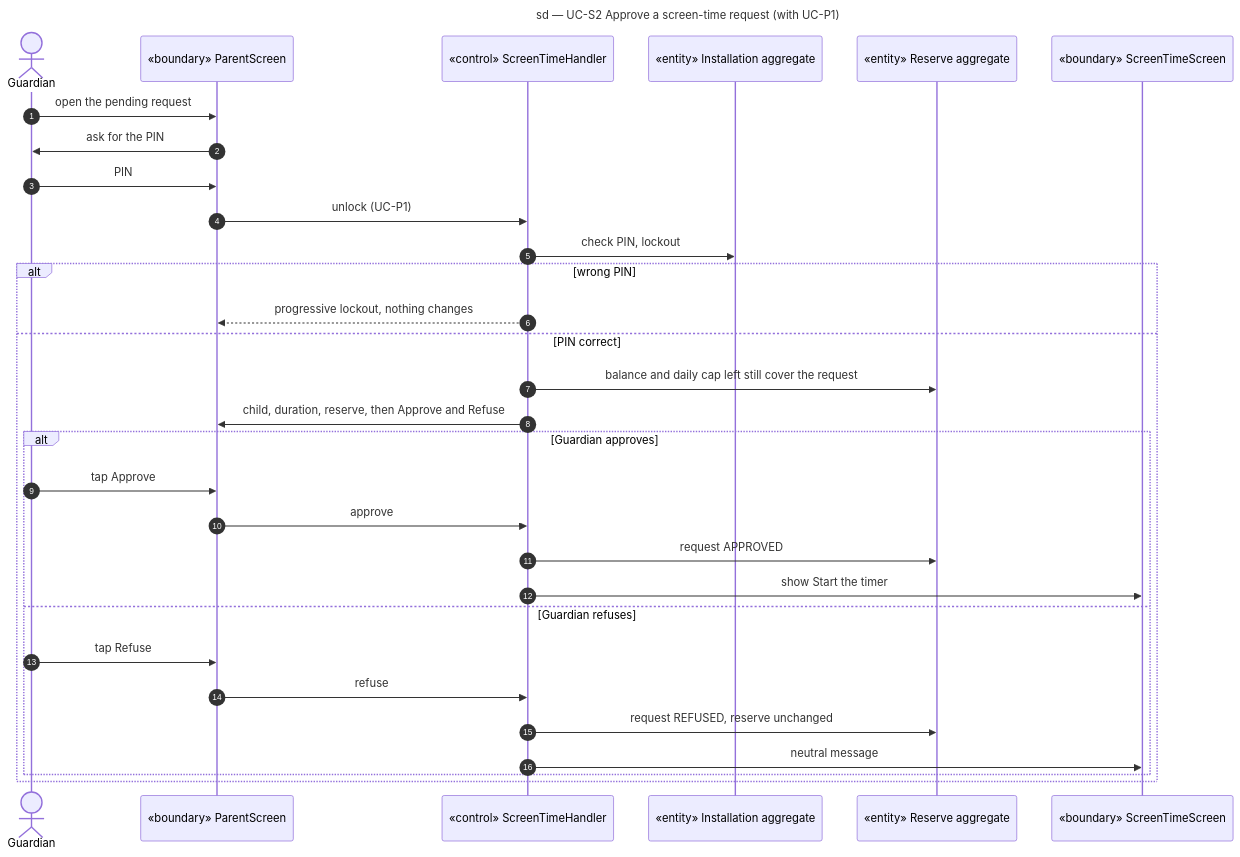
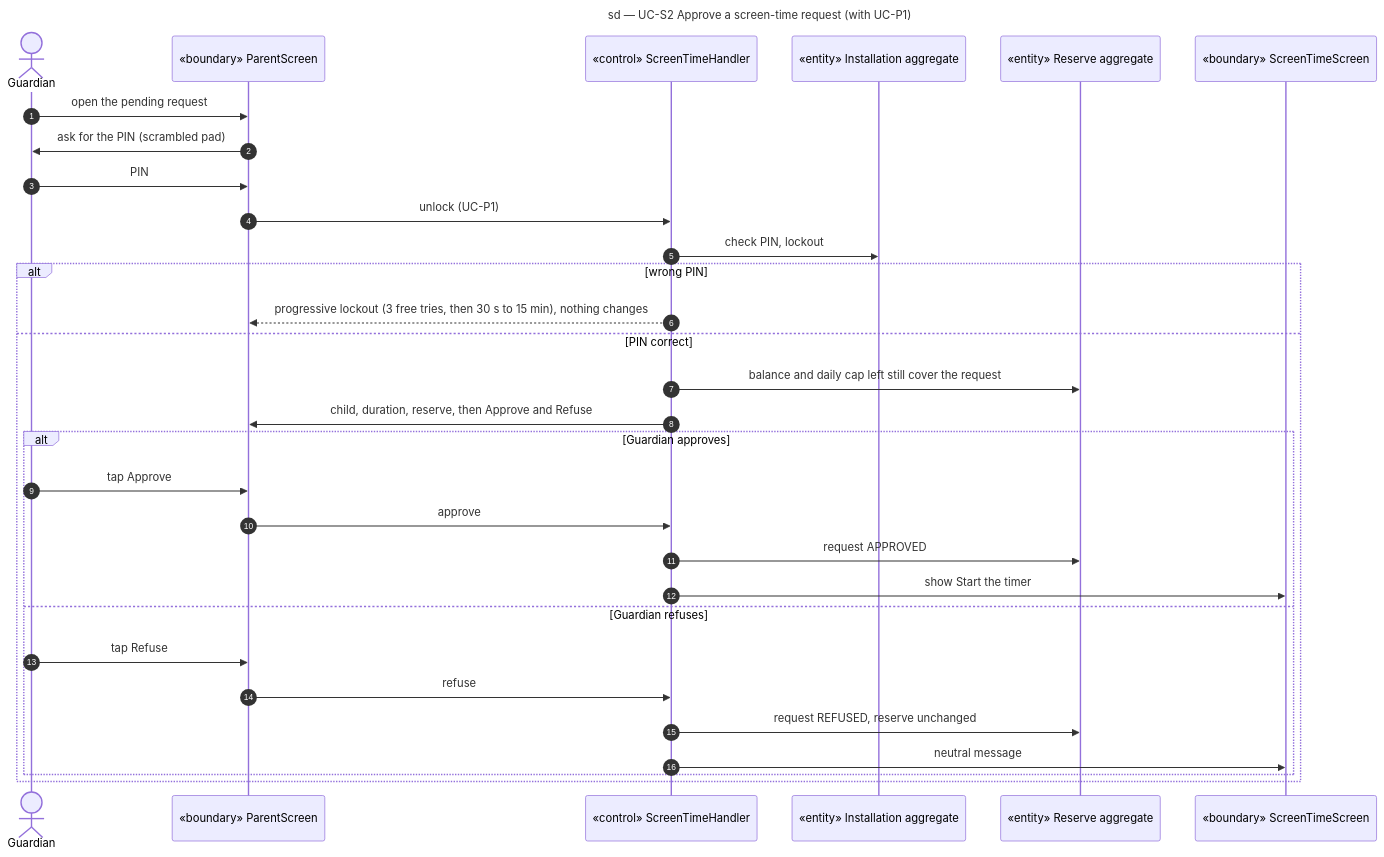
One commit to benoit-bremaud/learn-to-earn changed the diagram in docs/architecture/diagrams/screen-time/03-sequence-approval.md. Above: the diagram before and after it, drawn with Mermaid. The commit also changed other lines of this file and 18 other files, not shown here.

````diff
--- a/docs/architecture/diagrams/screen-time/03-sequence-approval.md
+++ b/docs/architecture/diagrams/screen-time/03-sequence-approval.md
@@ -16,34 +16,34 @@
 ```mermaid
 sequenceDiagram
   title sd — UC-S2 Approve a screen-time request (with UC-P1)
   autonumber
   actor Guardian
   participant PUI as «boundary» ParentScreen
   participant Ctl as «control» ScreenTimeHandler
   participant Inst as «entity» Installation aggregate
   participant Reserve as «entity» Reserve aggregate
   participant UI as «boundary» ScreenTimeScreen
 
   Guardian->>PUI: open the pending request
-  PUI->>Guardian: ask for the PIN
+  PUI->>Guardian: ask for the PIN (scrambled pad)
   Guardian->>PUI: PIN
   PUI->>Ctl: unlock (UC-P1)
   Ctl->>Inst: check PIN, lockout
   alt wrong PIN
-    Ctl-->>PUI: progressive lockout, nothing changes
+    Ctl-->>PUI: progressive lockout (3 free tries, then 30 s to 15 min), nothing changes
   else PIN correct
     Ctl->>Reserve: balance and daily cap left still cover the request
     Ctl->>PUI: child, duration, reserve, then Approve and Refuse
     alt Guardian approves
       Guardian->>PUI: tap Approve
       PUI->>Ctl: approve
       Ctl->>Reserve: request APPROVED
       Ctl->>UI: show Start the timer
     else Guardian refuses
       Guardian->>PUI: tap Refuse
       PUI->>Ctl: refuse
       Ctl->>Reserve: request REFUSED, reserve unchanged
       Ctl->>UI: neutral message
     end
   end
 ```
````
